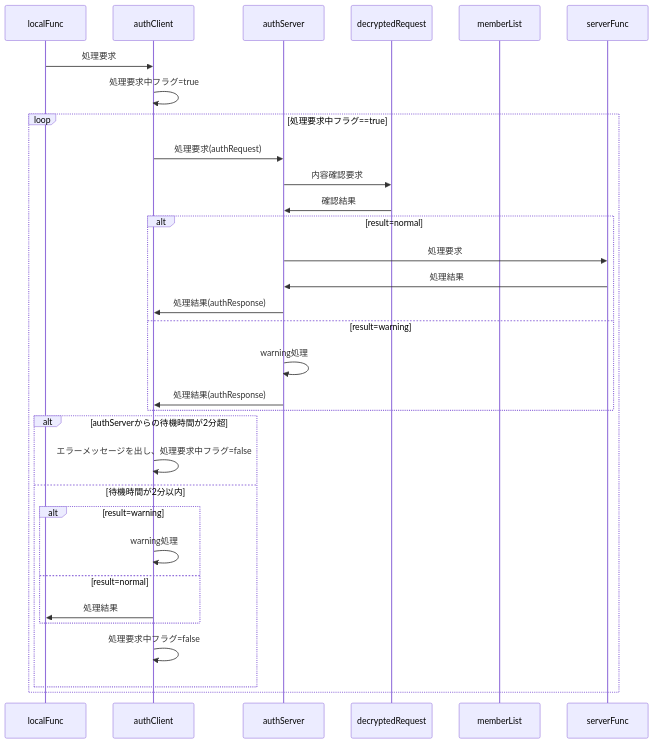
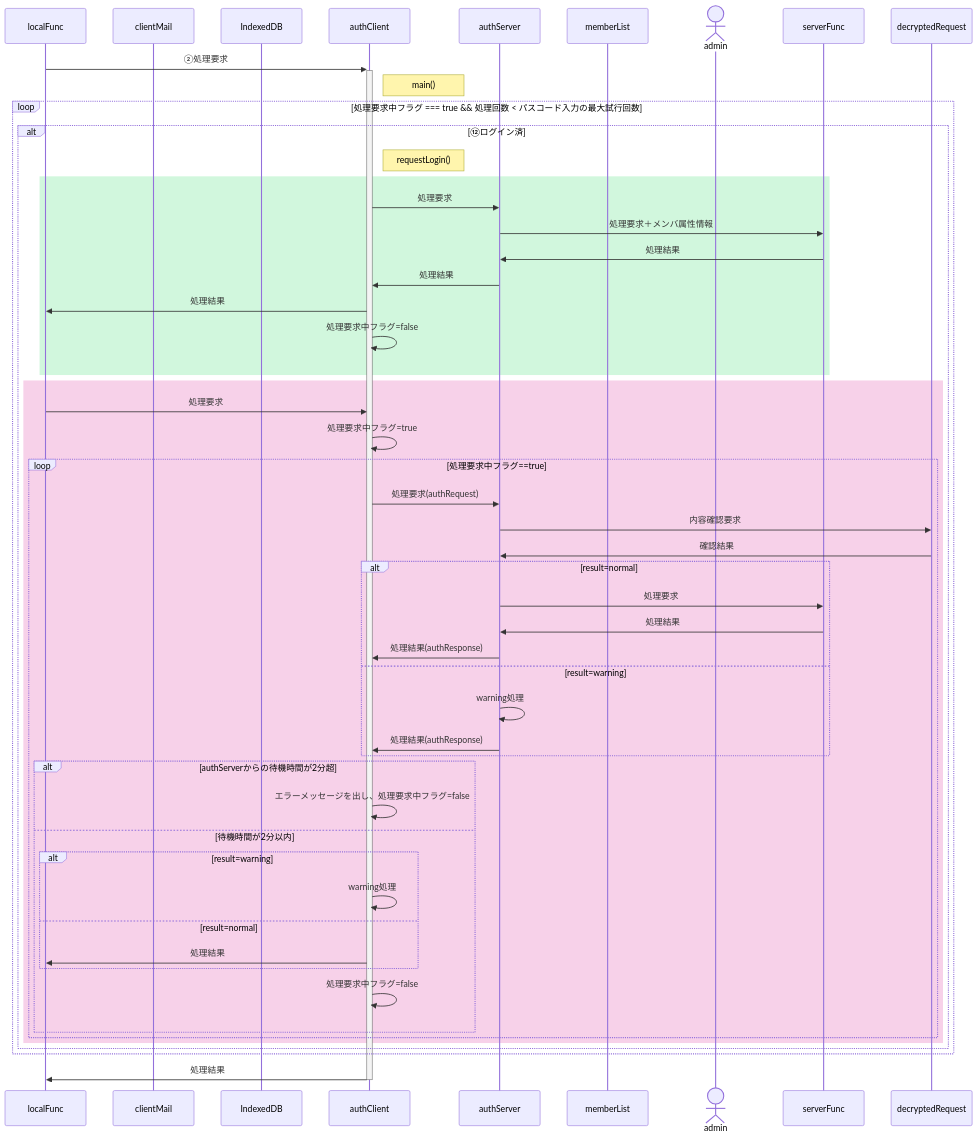
The fourth of 4 diagrams in underDev/Auth/question.md (nakaone/library), drawn with Mermaid before and after one commit. The commit also changed other lines of this file and 11 other files, not shown here.

````diff
--- a/underDev/Auth/question.md
+++ b/underDev/Auth/question.md
@@ -319,42 +285,75 @@
 ```mermaid
+%% 処理要求
+
 sequenceDiagram
-  %%participant clientMail
+  %%actor user
   participant localFunc
+  participant clientMail
+  %%participant encryptRequest
+  participant IndexedDB
   participant authClient
   participant authServer
-  participant decryptedRequest
   participant memberList
-  participant serverFunc
-  %%participant admin
+  %%participant decryptRequest
+  %%participant serverFunc
+  actor admin
 
-  localFunc->>authClient: 処理要求
-  authClient->>authClient: 処理要求中フラグ=true
-  loop 処理要求中フラグ==true
-    authClient->>authServer: 処理要求(authRequest)
+  localFunc->>+authClient: ②処理要求
+  Note right of authClient: main()
 
-    %% サーバ側処理
-    authServer->>decryptedRequest: 内容確認要求
-    decryptedRequest->>authServer: 確認結果
+  loop 処理要求中フラグ === true && 処理回数 < パスコード入力の最大試行回数
 
-    alt result=normal
-      authServer->>serverFunc: 処理要求
-      serverFunc->>authServer: 処理結果
-      authServer->>authClient: 処理結果(authResponse)
-    else result=warning
-      authServer->>authServer: warning処理
-      authServer->>authClient: 処理結果(authResponse)
-    end
+    alt ⑫ログイン済
+      Note right of authClient: requestLogin()
 
-    %% クライアント側処理
-    alt authServerからの待機時間が2分超
-      authClient->>authClient: エラーメッセージを出し、処理要求中フラグ=false
-    else 待機時間が2分以内
-      alt result=warning
-        authClient->>authClient: warning処理
-      else result=normal
+      rect rgba(209, 247, 221, 1)
+
+        authClient->>authServer: 処理要求
+        authServer->>serverFunc: 処理要求＋メンバ属性情報
+        serverFunc->>authServer: 処理結果
+        authServer->>authClient: 処理結果
         authClient->>localFunc: 処理結果
+        authClient->>authClient: 処理要求中フラグ=false
+
       end
-      authClient->>authClient: 処理要求中フラグ=false
+
+      rect rgba(247, 209, 233, 1)
+
+        localFunc->>authClient: 処理要求
+        authClient->>authClient: 処理要求中フラグ=true
+        loop 処理要求中フラグ==true
+          authClient->>authServer: 処理要求(authRequest)
+
+          %% サーバ側処理
+          authServer->>decryptedRequest: 内容確認要求
+          decryptedRequest->>authServer: 確認結果
+
+          alt result=normal
+            authServer->>serverFunc: 処理要求
+            serverFunc->>authServer: 処理結果
+            authServer->>authClient: 処理結果(authResponse)
+          else result=warning
+            authServer->>authServer: warning処理
+            authServer->>authClient: 処理結果(authResponse)
+          end
+
+          %% クライアント側処理
+          alt authServerからの待機時間が2分超
+            authClient->>authClient: エラーメッセージを出し、処理要求中フラグ=false
+          else 待機時間が2分以内
+            alt result=warning
+              authClient->>authClient: warning処理
+            else result=normal
+              authClient->>localFunc: 処理結果
+            end
+            authClient->>authClient: 処理要求中フラグ=false
+          end
+        end
+
+
+      end
     end
   end
+
+  authClient->>-localFunc: 処理結果
 ```
````
